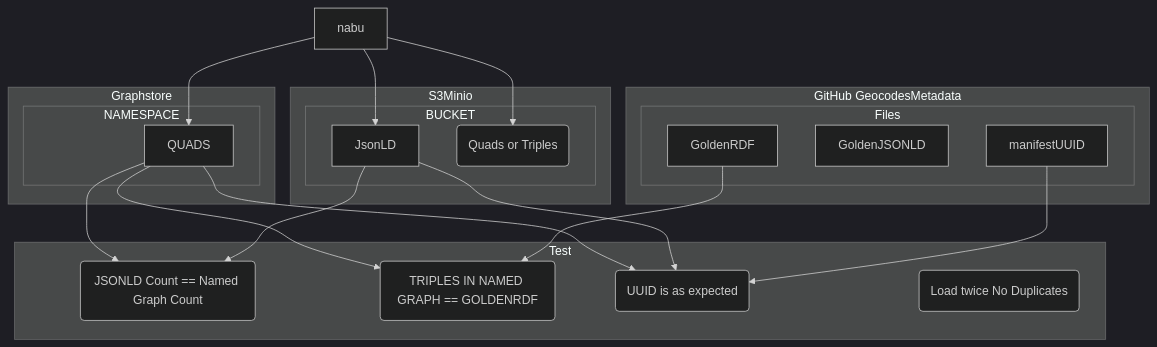
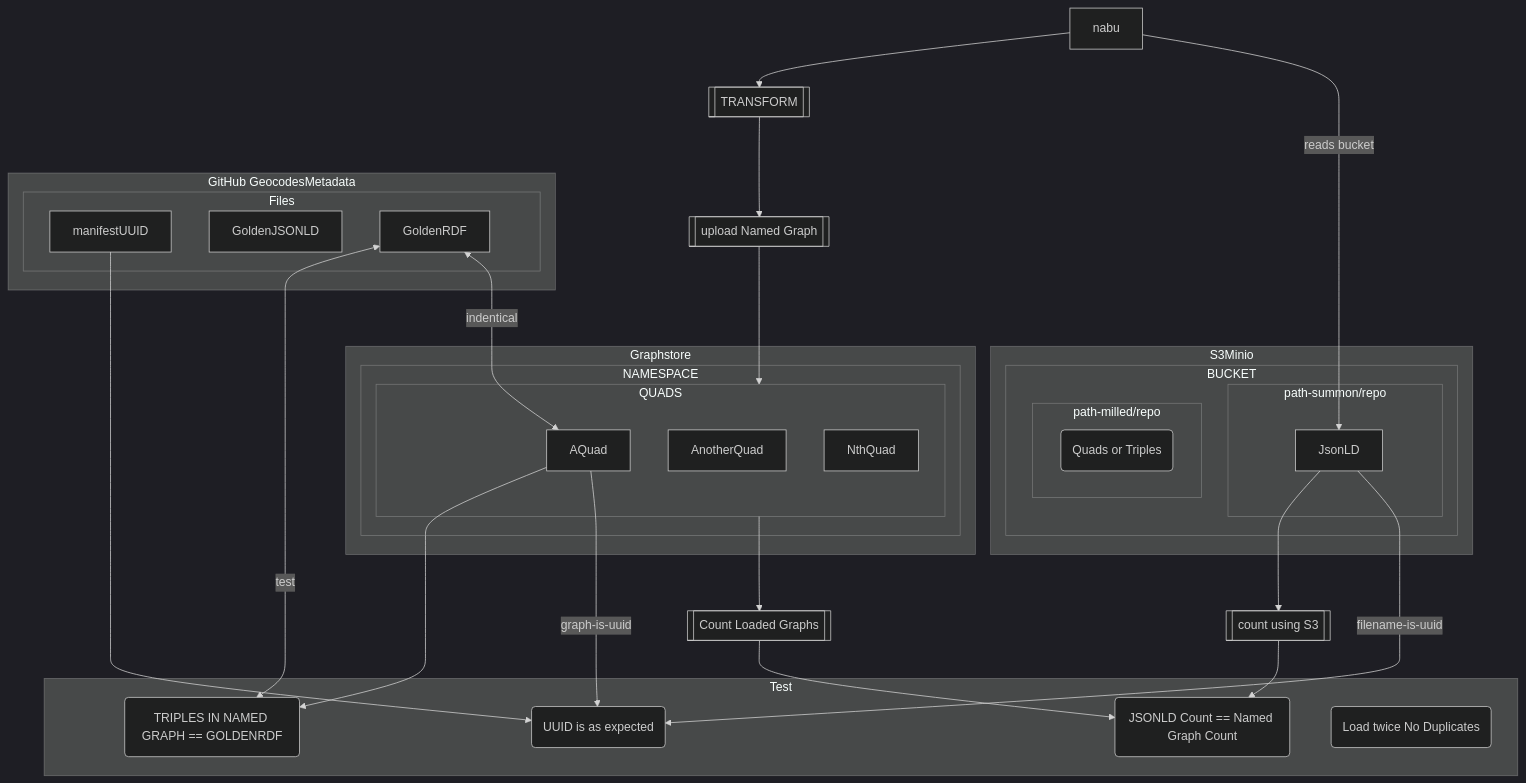
The third of 4 diagrams in test/readme.md (MBcode/ec), drawn with Mermaid (dark theme) before and after one commit. The commit also changed other lines of this file, not shown here.

````diff
--- a/test/readme.md
+++ b/test/readme.md
@@ -130,38 +154,51 @@
 ```mermaid
 flowchart TD
-   subgraph GitHub GeocodesMetadata 
+
+  nabu --> NABUCONVERT[[TRANSFORM ]] --> NABUGRAPHSTORE[[ upload Named Graph  ]]  --> QUADS
+
+  subgraph GitHub GeocodesMetadata 
       subgraph Files 
          manifestUUID
          GoldenJSONLD
          GoldenRDF
 
       end
    end
    subgraph S3Minio 
       subgraph BUCKET 
-         JsonLD
-         RDF(Quads or Triples)
-      end
+          subgraph path-summon/repo 
+             JsonLD       
+          end
+         subgraph path-milled/repo
+             RDF(Quads or Triples)
+          end
+      end 
    end
+
    subgraph Graphstore  
       subgraph NAMESPACE 
-         QUADS
+         subgraph QUADS
+             AQuad
+             AnotherQuad
+             NthQuad
+         end 
       end
    end 
-  nabu --> JsonLD  
-  nabu --> QUADS  
+
   subgraph Test
     NABUGRAPHCOUNT( JSONLD Count == Named Graph Count )
     NABUTRIPLES( TRIPLES IN NAMED GRAPH == GOLDENRDF )
     NABUNAMEDGRAPH( UUID is as expected)
     NABUNDuplicated( Load twice No Duplicates)
   end
-  JsonLD --> NABUGRAPHCOUNT
-  QUADS --> NABUGRAPHCOUNT
-  GoldenRDF --> NABUTRIPLES
-  QUADS --> NABUTRIPLES
+  nabu  -- reads bucket --> JsonLD
+  JsonLD  --> S3Count[[count using S3]] --> NABUGRAPHCOUNT
+  QUADS --> GRAPHCOUNT[[Count Loaded Graphs]] --> NABUGRAPHCOUNT
+  GoldenRDF <-- test--> NABUTRIPLES
+  GoldenRDF <-- indentical --> AQuad
+  AQuad --> NABUTRIPLES
   manifestUUID --> NABUNAMEDGRAPH
-  JsonLD --> NABUNAMEDGRAPH 
-  QUADS --> NABUNAMEDGRAPH
-  nabu  --> RDF
+  AQuad -- graph-is-uuid --> NABUNAMEDGRAPH 
+  JsonLD -- filename-is-uuid --> NABUNAMEDGRAPH 
+
 ```
````
